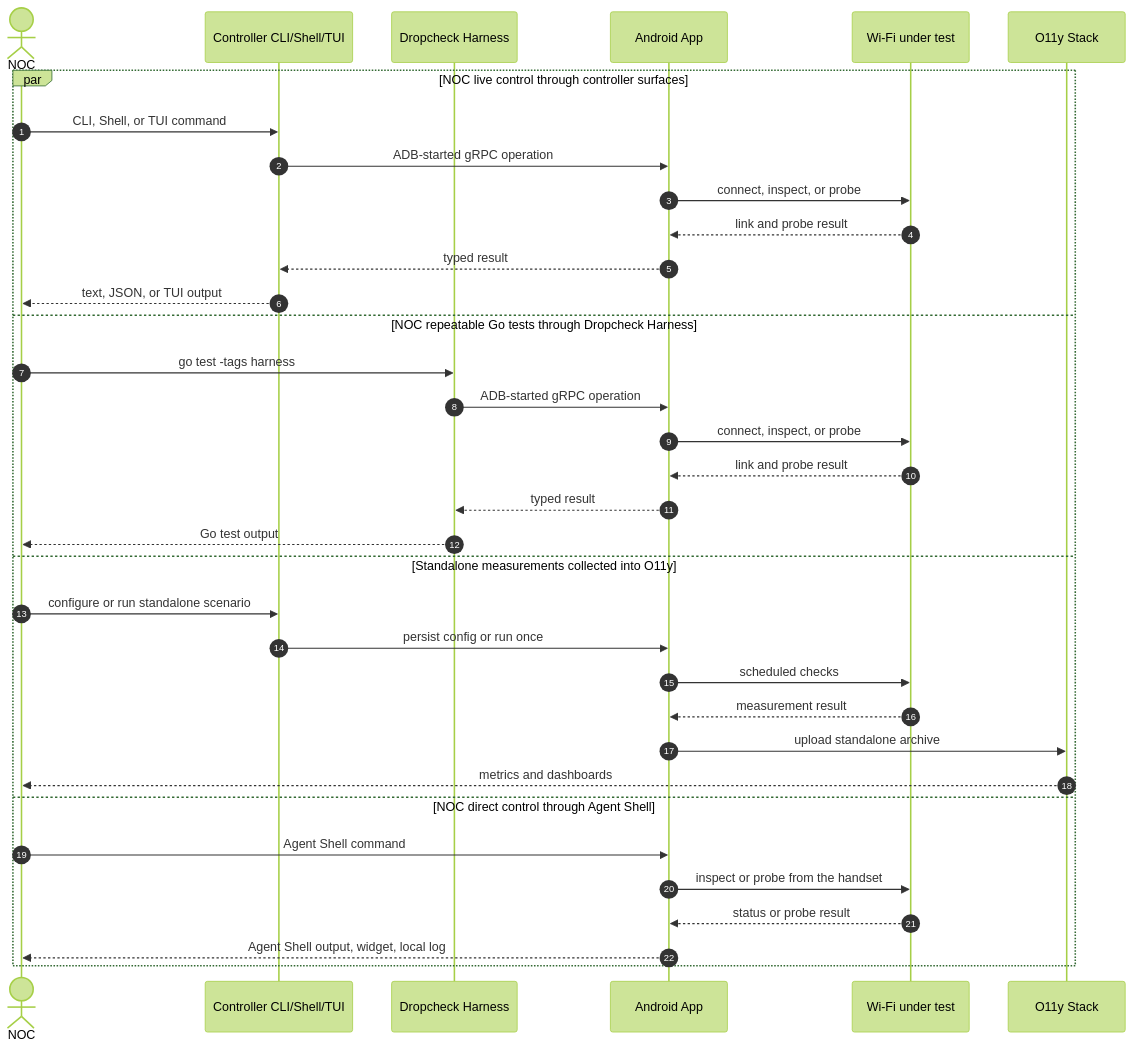
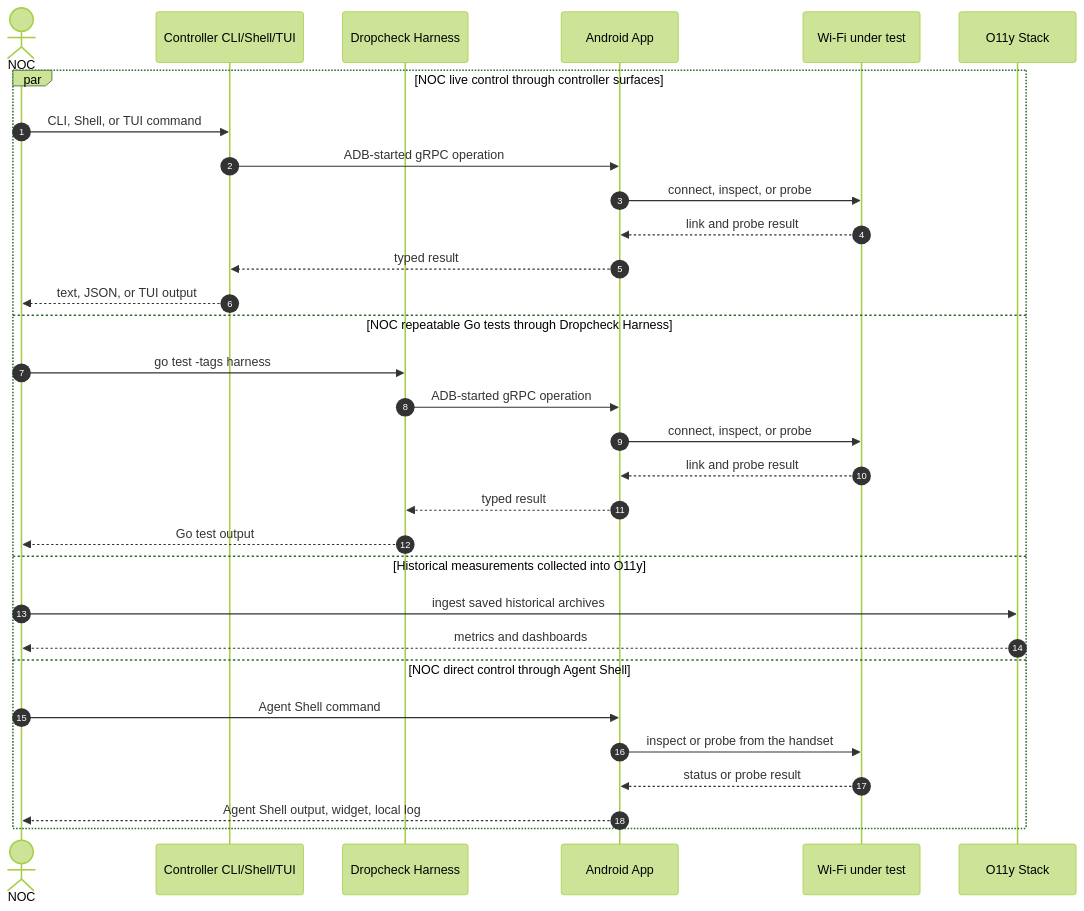
One commit to mi2428/dropcheck-agent changed the diagram in README.md. Above: the diagram before and after it, drawn with Mermaid (forest theme). The commit also changed other lines of this file and 27 other files, not shown here.

````diff
--- a/README.md
+++ b/README.md
@@ -14,38 +14,34 @@
 ```mermaid
 sequenceDiagram
   autonumber
   actor NOC as NOC
   participant Controller as Controller CLI/Shell/TUI
   participant Harness as Dropcheck Harness
   participant App as Android App
   participant WiFi as Wi-Fi under test
   participant O11y as O11y Stack
 
   par NOC live control through controller surfaces
     NOC->>Controller: CLI, Shell, or TUI command
     Controller->>App: ADB-started gRPC operation
     App->>WiFi: connect, inspect, or probe
     WiFi-->>App: link and probe result
     App-->>Controller: typed result
     Controller-->>NOC: text, JSON, or TUI output
   and NOC repeatable Go tests through Dropcheck Harness
     NOC->>Harness: go test -tags harness
     Harness->>App: ADB-started gRPC operation
     App->>WiFi: connect, inspect, or probe
     WiFi-->>App: link and probe result
     App-->>Harness: typed result
     Harness-->>NOC: Go test output
-  and Standalone measurements collected into O11y
-    NOC->>Controller: configure or run standalone scenario
-    Controller->>App: persist config or run once
-    App->>WiFi: scheduled checks
-    WiFi-->>App: measurement result
-    App->>O11y: upload standalone archive
+   and Historical measurements collected into O11y
+    NOC->>O11y: ingest saved historical archives
     O11y-->>NOC: metrics and dashboards
   and NOC direct control through Agent Shell
     NOC->>App: Agent Shell command
     App->>WiFi: inspect or probe from the handset
     WiFi-->>App: status or probe result
     App-->>NOC: Agent Shell output, widget, local log
   end
 ```
````
